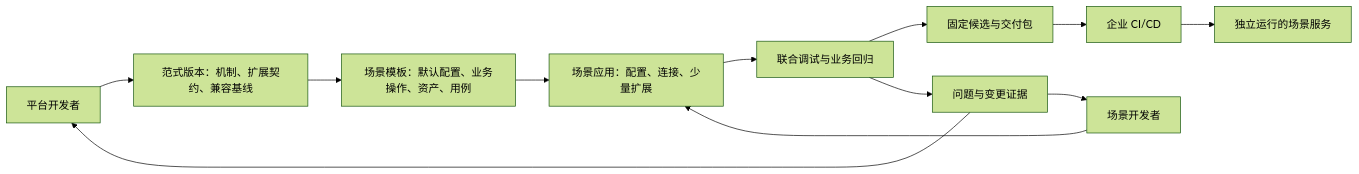
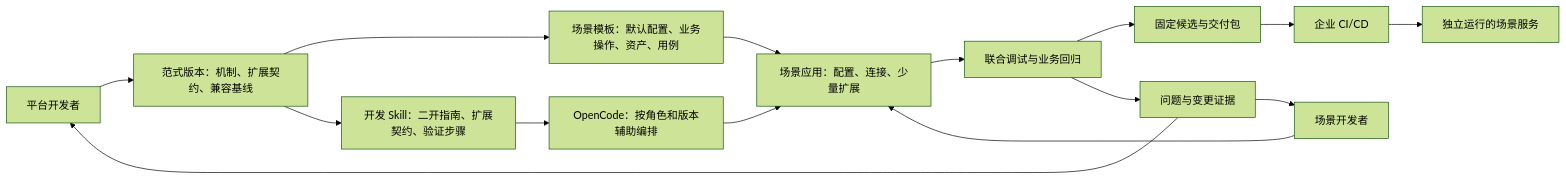
The diagram in docs/Agent开发工作台_PRD_v2.0.md (Vincenttao/agent-builder-java), drawn with Mermaid (forest theme) before and after one commit. The commit also changed other lines of this file and 13 other files, not shown here.

````diff
--- a/docs/Agent开发工作台_PRD_v2.0.md
+++ b/docs/Agent开发工作台_PRD_v2.0.md
@@ -66,14 +82,17 @@
 ```mermaid
 flowchart LR
   P[平台开发者] --> F[范式版本：机制、扩展契约、兼容基线]
   F --> T[场景模板：默认配置、业务操作、资产、用例]
+  F --> K[开发 Skill：二开指南、扩展契约、验证步骤]
+  K --> O[OpenCode：按角色和版本辅助编排]
+  O --> A
   T --> A[场景应用：配置、连接、少量扩展]
   S[场景开发者] --> A
   A --> D[联合调试与业务回归]
   D --> C[固定候选与交付包]
   C --> I[企业 CI/CD]
   I --> R[独立运行的场景服务]
   D --> E[问题与变更证据]
   E --> P
   E --> S
 ```
````
